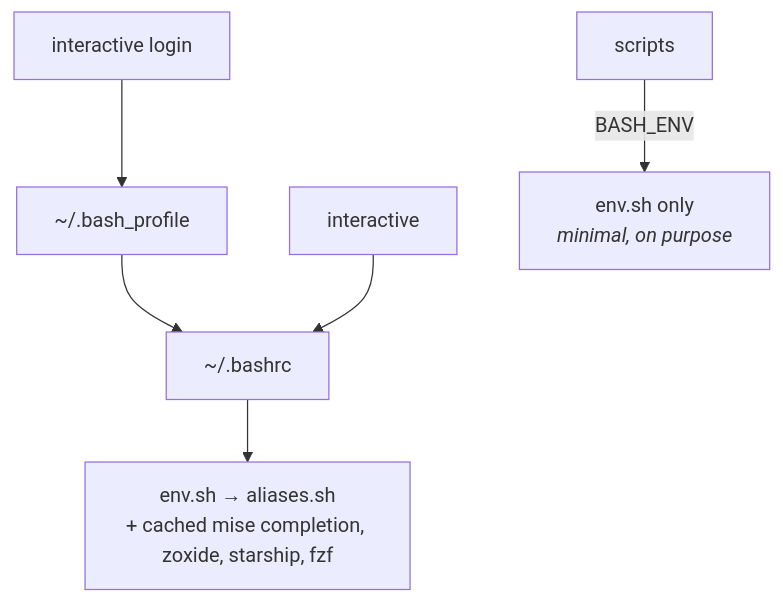
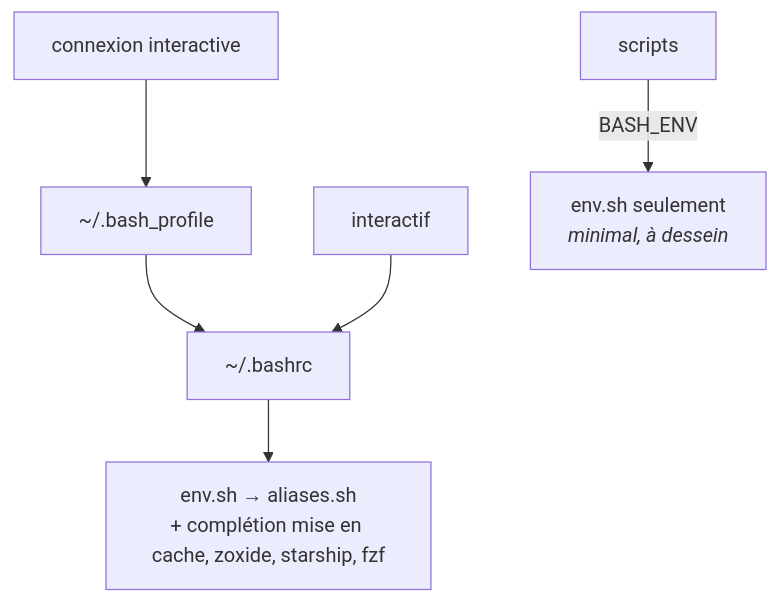
One commit to Raf7c/dotfiles changed the second of 2 diagrams in docs/architecture.md. Above: the diagram before and after it, drawn with Mermaid. The commit also changed other lines of this file and 48 other files, not shown here.

Commit message:
feat: macOS only, docs reworked, eza aliases fixed, lint surface reduced

````diff
--- a/docs/architecture.md
+++ b/docs/architecture.md
@@ -26,7 +31,7 @@
 ```mermaid
 flowchart TD
-    A["interactive login"] --> B["~/.bash_profile"] --> C["~/.bashrc"]
-    D["interactive"] --> C
-    C --> E["env.sh → aliases.sh<br/>+ cached mise completion, zoxide, starship, fzf"]
-    F["scripts"] -->|BASH_ENV| G["env.sh only<br/><i>minimal, on purpose</i>"]
+    A["connexion interactive"] --> B["~/.bash_profile"] --> C["~/.bashrc"]
+    D["interactif"] --> C
+    C --> E["env.sh → aliases.sh<br/>+ complétion mise en cache, zoxide, starship, fzf"]
+    F["scripts"] -->|BASH_ENV| G["env.sh seulement<br/><i>minimal, à dessein</i>"]
 ```
````
